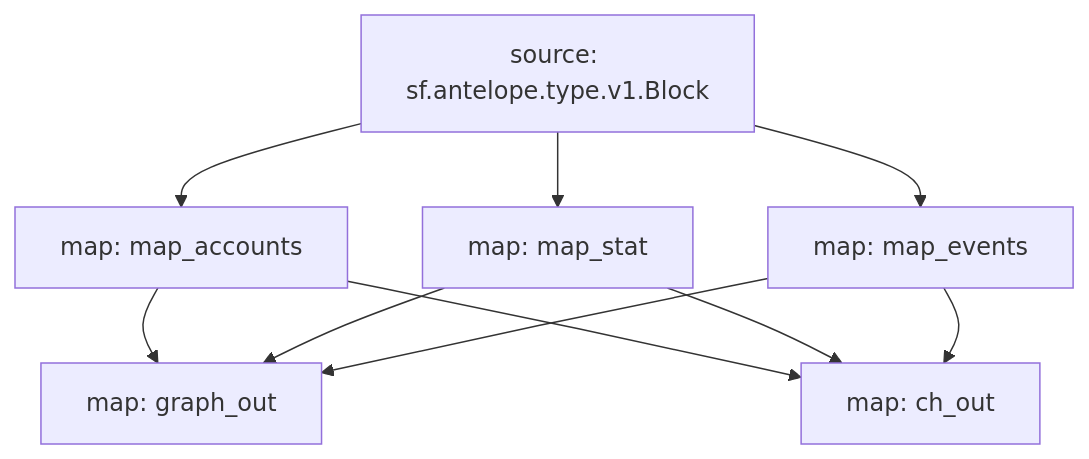
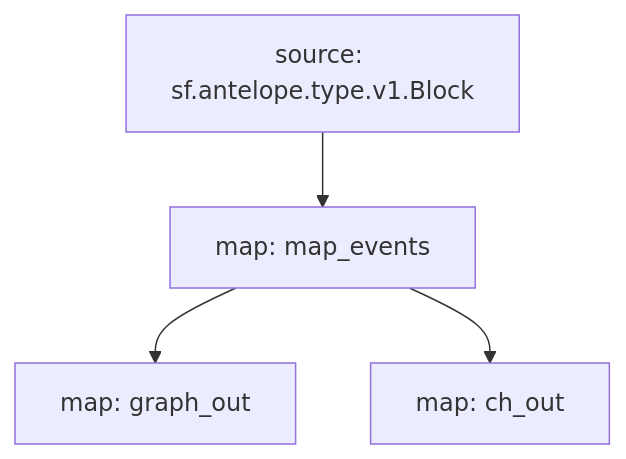
The diagram in README.md (pinax-network/substreams-antelope-tokens), drawn with Mermaid before and after one commit. The commit also changed other lines of this file and 5 other files, not shown here.

````diff
--- a/README.md
+++ b/README.md
@@ -17,17 +17,9 @@
 ```mermaid
 graph TD;
   map_events[map: map_events];
   sf.antelope.type.v1.Block[source: sf.antelope.type.v1.Block] --> map_events;
-  map_accounts[map: map_accounts];
-  sf.antelope.type.v1.Block[source: sf.antelope.type.v1.Block] --> map_accounts;
-  map_stat[map: map_stat];
-  sf.antelope.type.v1.Block[source: sf.antelope.type.v1.Block] --> map_stat;
   graph_out[map: graph_out];
-  map_accounts --> graph_out;
-  map_stat --> graph_out;
   map_events --> graph_out;
   ch_out[map: ch_out];
-  map_accounts --> ch_out;
-  map_stat --> ch_out;
   map_events --> ch_out;
 ```
````
